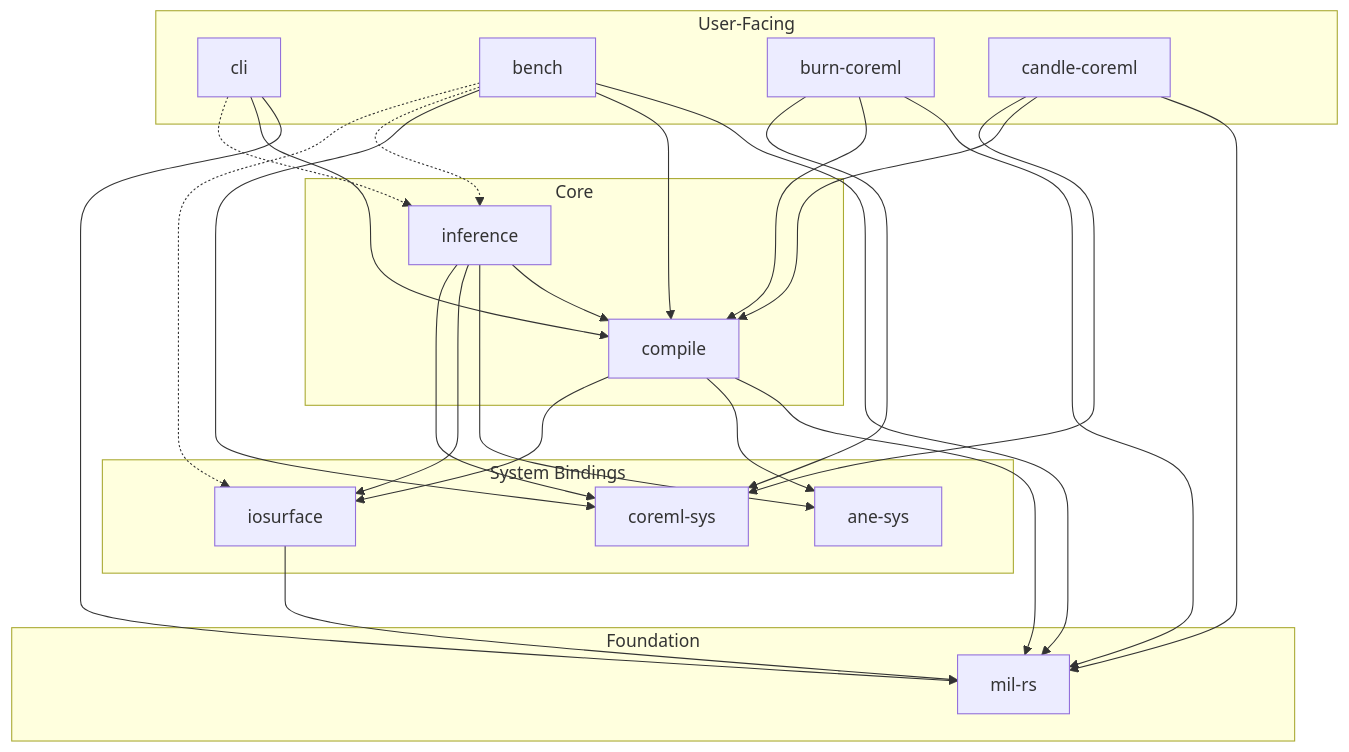
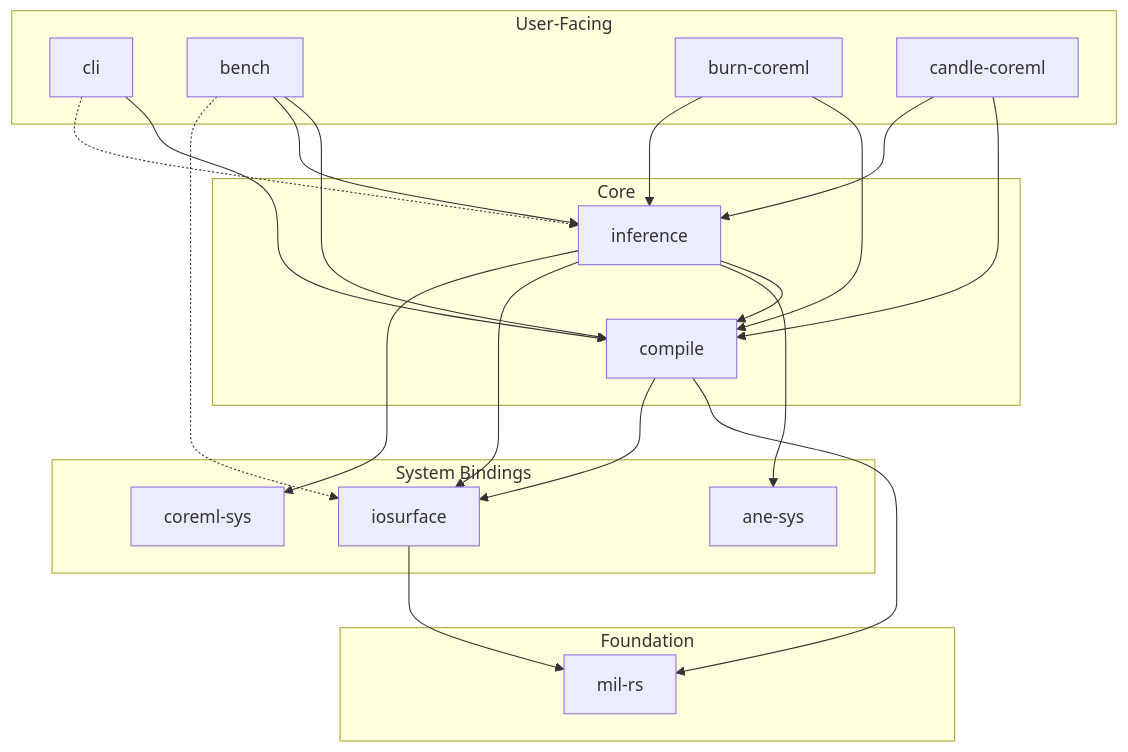
The second of 2 diagrams in README.md (jafreck/ironmill), drawn with Mermaid before and after one commit. The commit also changed 16 other files, not shown here.

````diff
--- a/README.md
+++ b/README.md
@@ -141,53 +141,47 @@
 ```mermaid
 graph TD
     subgraph User-Facing
         cli["cli"]
         bench["bench"]
         burn["burn-coreml"]
         candle["candle-coreml"]
     end
 
     subgraph Core
         compile["compile"]
         inference["inference"]
     end
 
     subgraph System Bindings
         ane["ane-sys"]
         ios["iosurface"]
         coremlsys["coreml-sys"]
     end
 
     subgraph Foundation
         mil["mil-rs"]
     end
 
-    cli --> mil
     cli --> compile
     cli -.-> inference
 
-    bench --> mil
     bench --> compile
-    bench --> coremlsys
-    bench -.-> inference
+    bench --> inference
     bench -.-> ios
 
-    burn --> mil
     burn --> compile
-    burn --> coremlsys
+    burn --> inference
 
-    candle --> mil
     candle --> compile
-    candle --> coremlsys
+    candle --> inference
 
     inference --> compile
     inference --> ane
     inference --> ios
     inference --> coremlsys
 
     compile --> mil
-    compile --> ane
     compile --> ios
 
     ios --> mil
 ```
````
